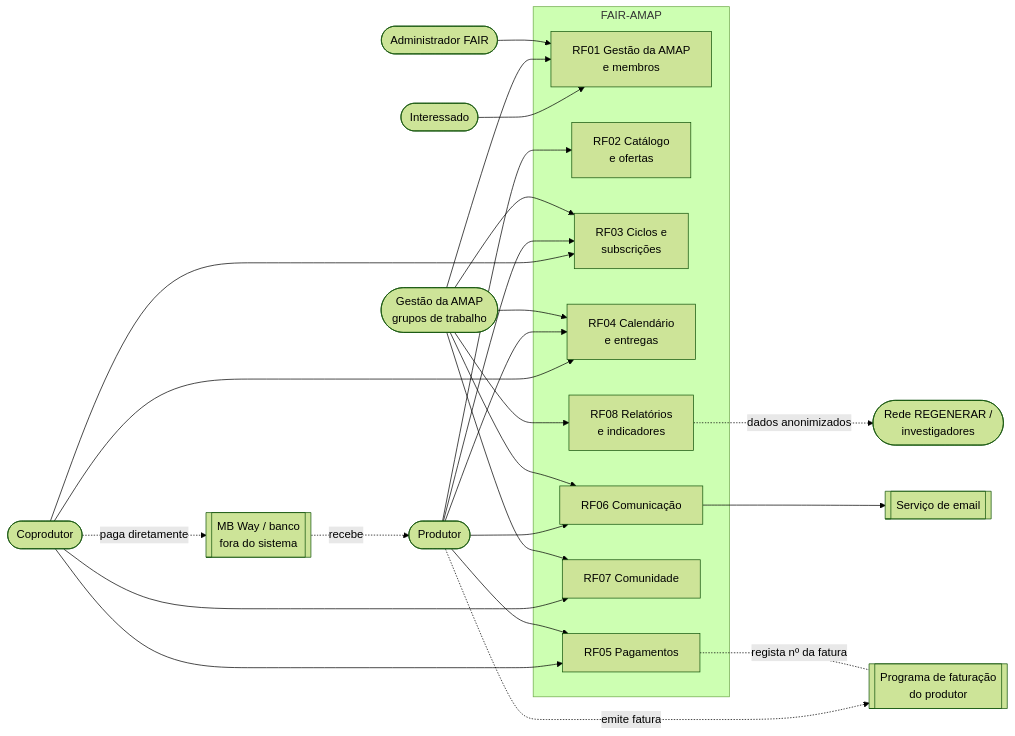
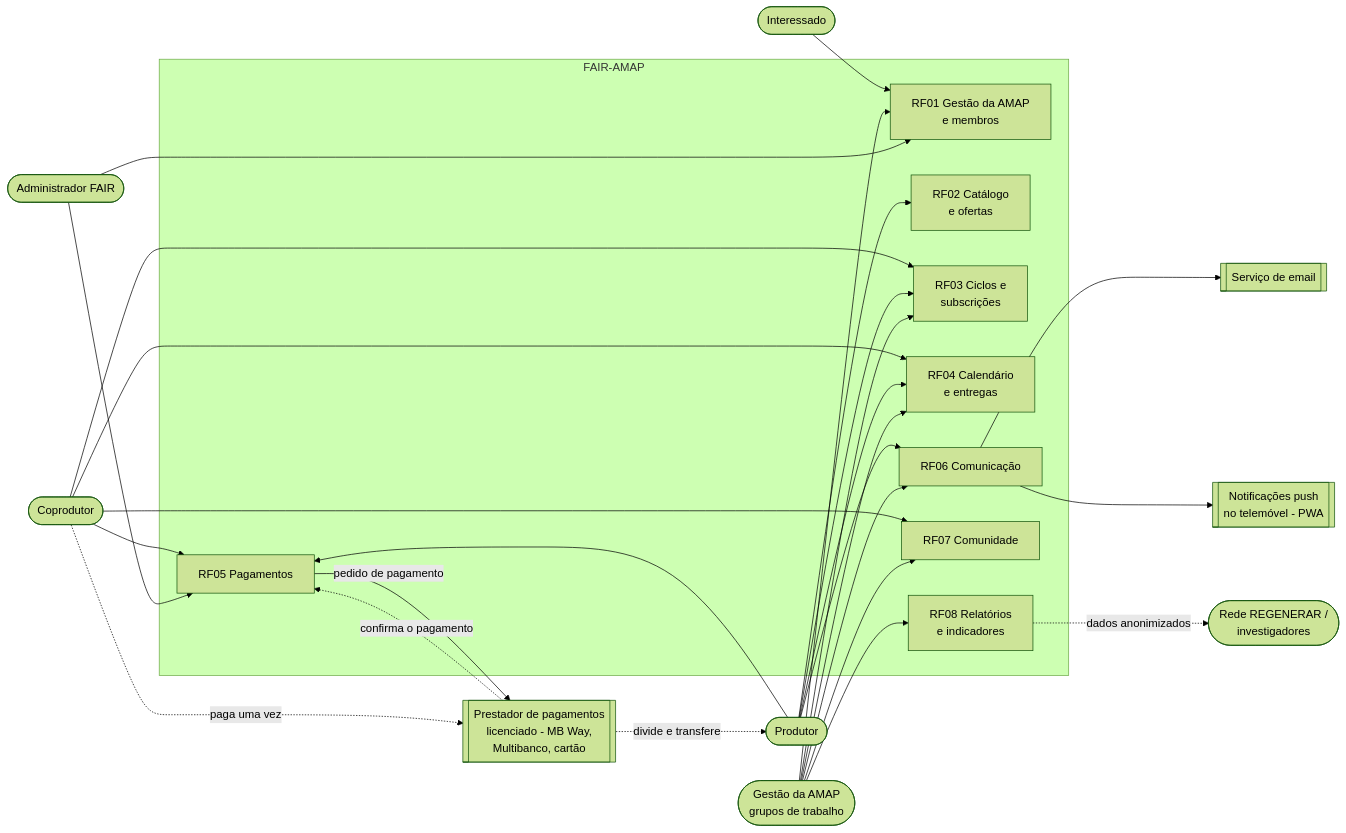
Before and after one commit to BrunoAlvees/engreq_2627_G02: the diagram in docs/requisitos/diagramas/DiagramaContextoPT.md, drawn with Mermaid (forest theme). The commit also changed other lines of this file and 3 other files, not shown here.

Commit message:
feat: update context and actors diagrams to reflect centralized payment model and clarify invoicing scope

````diff
--- a/docs/requisitos/diagramas/DiagramaContextoPT.md
+++ b/docs/requisitos/diagramas/DiagramaContextoPT.md
@@ -9,36 +9,36 @@
 ```mermaid
 flowchart LR
     INT([Interessado])
     COP([Coprodutor])
     PROD([Produtor])
     GEST([Gestão da AMAP<br/>grupos de trabalho])
     ADM([Administrador FAIR])
     INV([Rede REGENERAR /<br/>investigadores])
 
     subgraph FAIR["FAIR-AMAP"]
         MEM[RF01 Gestão da AMAP<br/>e membros]
         CAT[RF02 Catálogo<br/>e ofertas]
         SUB[RF03 Ciclos e<br/>subscrições]
         ENT[RF04 Calendário<br/>e entregas]
         PAG[RF05 Pagamentos]
         COM[RF06 Comunicação]
         CMD[RF07 Comunidade]
         REL[RF08 Relatórios<br/>e indicadores]
     end
 
     EMAIL[[Serviço de email]]
-    BANCO[[MB Way / banco<br/>fora do sistema]]
-    FAT[[Programa de faturação<br/>do produtor]]
+    PUSH[[Notificações push<br/>no telemóvel - PWA]]
+    PSP[[Prestador de pagamentos<br/>licenciado - MB Way,<br/>Multibanco, cartão]]
 
     INT --> MEM
     COP --> SUB & ENT & PAG & CMD
     PROD --> CAT & SUB & ENT & PAG & COM
     GEST --> MEM & SUB & ENT & COM & CMD & REL
-    ADM --> MEM
+    ADM --> MEM & PAG
     REL -. dados anonimizados .-> INV
-    COM --> EMAIL
-    COP -. paga diretamente .-> BANCO
-    BANCO -. recebe .-> PROD
-    PROD -. emite fatura .-> FAT
-    PAG -. regista nº da fatura .- FAT
+    COM --> EMAIL & PUSH
+    PAG -- pedido de pagamento --> PSP
+    COP -. paga uma vez .-> PSP
+    PSP -. confirma o pagamento .-> PAG
+    PSP -. divide e transfere .-> PROD
 ```
````
